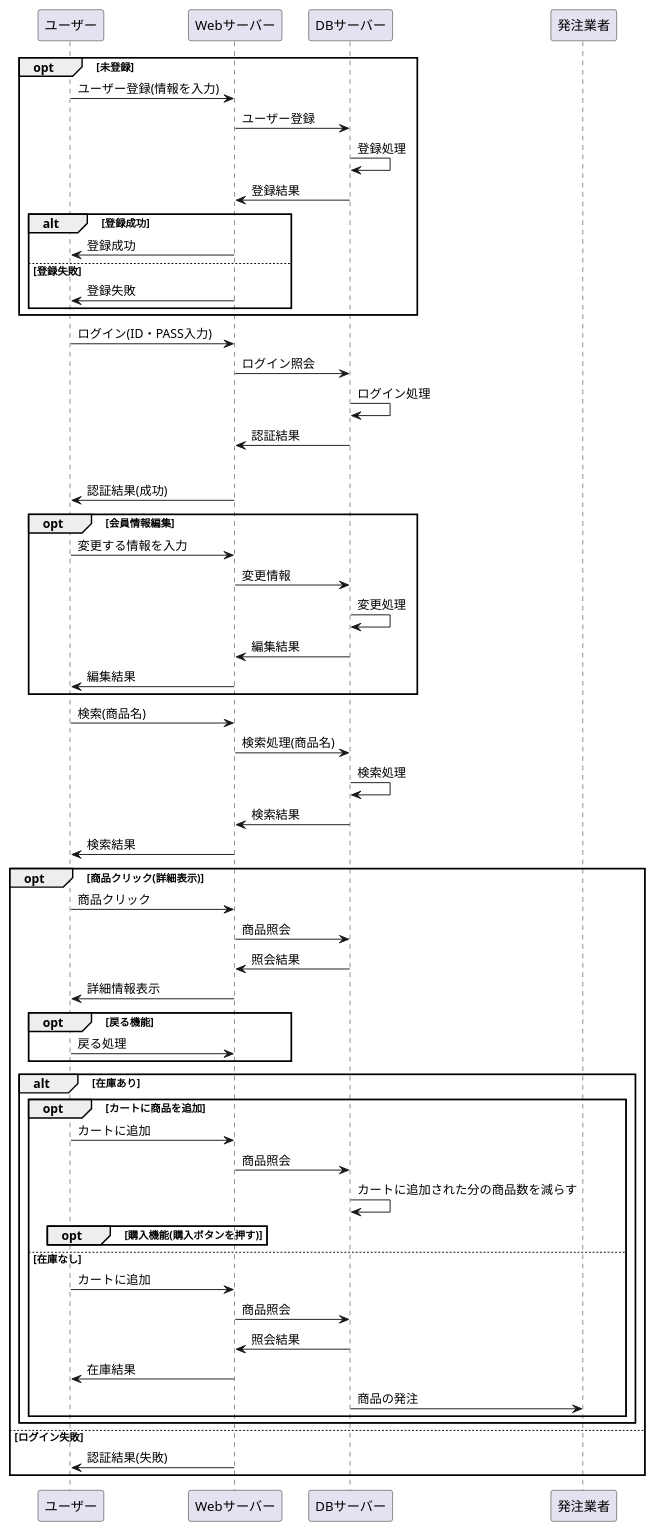
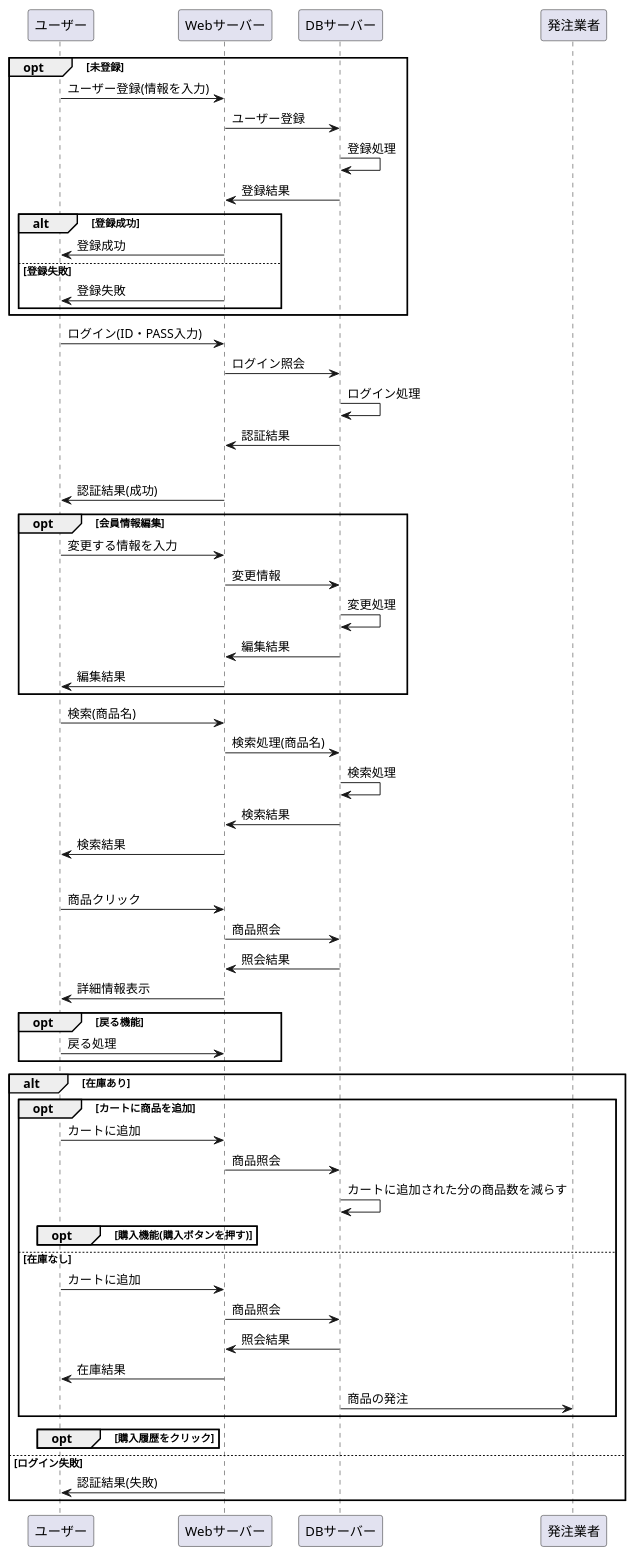
The diagram in 設計書/02_業務フロー/Business-Flow.md (Aso2001227/Aso-Sports-1), drawn with PlantUML before and after one commit.

````diff
--- a/設計書/02_業務フロー/Business-Flow.md
+++ b/設計書/02_業務フロー/Business-Flow.md
@@ -1,66 +1,67 @@
 ```uml
 @startuml
 opt 未登録
 ユーザー -> Webサーバー : ユーザー登録(情報を入力)
 Webサーバー -> DBサーバー : ユーザー登録
 DBサーバー -> DBサーバー : 登録処理
 DBサーバー -> Webサーバー : 登録結果
 
 alt 登録成功
 Webサーバー -> ユーザー : 登録成功
 else 登録失敗
 Webサーバー -> ユーザー : 登録失敗
 end
 end
 
 ユーザー -> Webサーバー : ログイン(ID・PASS入力)
 Webサーバー -> DBサーバー : ログイン照会
 DBサーバー -> DBサーバー : ログイン処理
 DBサーバー -> Webサーバー : 認証結果
 
 alt ログイン成功
 Webサーバー -> ユーザー : 認証結果(成功)
 
 opt 会員情報編集
 ユーザー -> Webサーバー : 変更する情報を入力
 Webサーバー -> DBサーバー :変更情報
 DBサーバー -> DBサーバー : 変更処理
 DBサーバー -> Webサーバー : 編集結果
 Webサーバー -> ユーザー : 編集結果
 end
 
 ユーザー -> Webサーバー : 検索(商品名)
 Webサーバー -> DBサーバー : 検索処理(商品名)
 DBサーバー -> DBサーバー : 検索処理
 DBサーバー -> Webサーバー : 検索結果
 Webサーバー -> ユーザー : 検索結果
 
 opt 商品クリック(詳細表示)
 ユーザー -> Webサーバー : 商品クリック
 Webサーバー -> DBサーバー : 商品照会
 DBサーバー -> Webサーバー : 照会結果
 Webサーバー -> ユーザー : 詳細情報表示
 opt 戻る機能
 ユーザー -> Webサーバー : 戻る処理
 end
 alt 在庫あり
 opt カートに商品を追加
 ユーザー -> Webサーバー : カートに追加
 Webサーバー -> DBサーバー : 商品照会
 DBサーバー -> DBサーバー : カートに追加された分の商品数を減らす
 opt 購入機能(購入ボタンを押す)
 
 end
 else 在庫なし
 ユーザー -> Webサーバー : カートに追加
 Webサーバー -> DBサーバー : 商品照会
 DBサーバー -> Webサーバー : 照会結果
 Webサーバー -> ユーザー : 在庫結果
 DBサーバー -> 発注業者 : 商品の発注
 end
+opt 購入履歴をクリック
 end
 else ログイン失敗
 Webサーバー -> ユーザー : 認証結果(失敗)
 end
 @enduml
 ```
````
